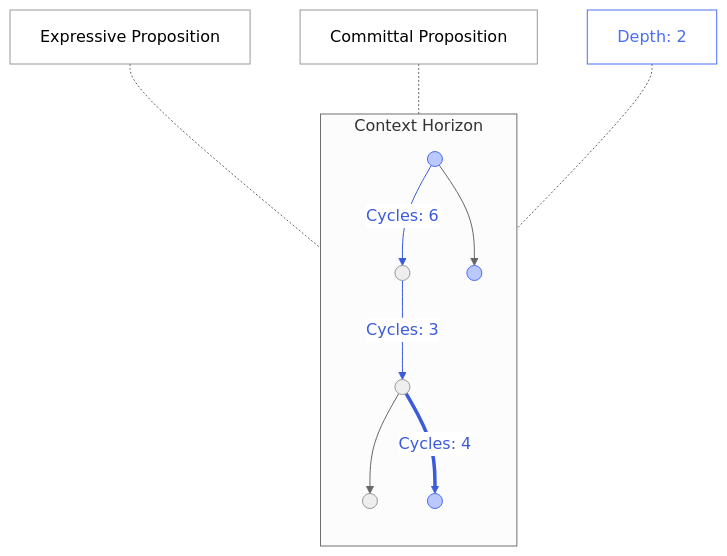
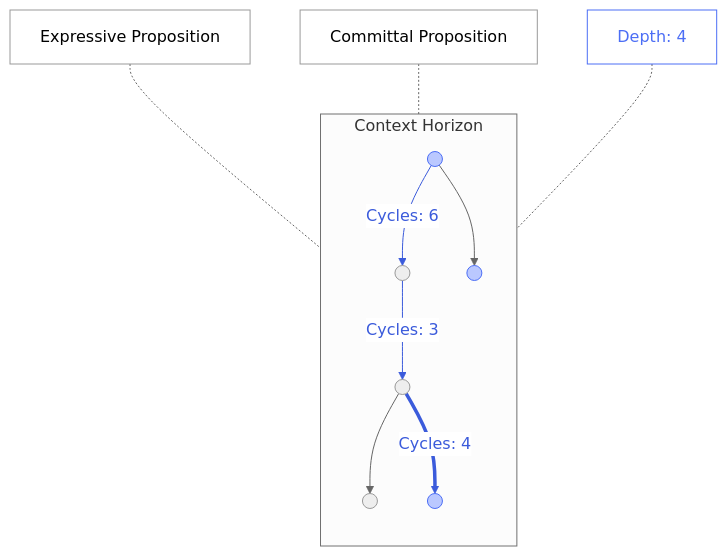
One commit to clairemira/miranova changed the seventh of 10 diagrams in content/commons/01-overview.mdx. Above: the diagram before and after it, drawn with Mermaid. The commit also changed other lines of this file, not shown here.

````diff
--- a/content/commons/01-overview.mdx
+++ b/content/commons/01-overview.mdx
@@ -744,47 +755,47 @@
 ```mermaid
 ---
 config:
   flowchart:
     curve: basis
   theme: neutral
 ---
 flowchart TB
   subgraph CH1["Context Horizon"]
     direction TB
 
     V1(( ))
     V2(( ))
     V3(( ))
     V4(( ))
     V5(( ))
     V6(( ))
   end
 
   EXP["Expressive Proposition"]
   COM["Committal Proposition"]
-  DEP["Depth: 2"]
+  DEP["Depth: 4"]
 
   V1 -->|"Cycles: 6"| V2
   V1 --> V3
   V2 -->|"Cycles: 3"| V4
   V4 --> V5
   V4 ==>|"Cycles: 4"| V6
 
   EXP -.- V4
   COM -.- V3
   DEP -.- V6
 
   classDef committalNode fill:#bac8ff,stroke:#4c6ef5,color:#4c6ef5
 
   class P1,P4,P5,P7,P8,P10,V1,V3,V6,V9 committalNode
 
   style DEP fill:transparent,color:#4c6ef5,stroke:#4c6ef5
   style EXP fill:transparent
   style COM fill:transparent
 
   %% Negative (-) edges
   linkStyle 0,2,4 stroke:#3b5bdb,color:#3b5bdb
 
   %% Positive (+) edges
   %% linkStyle 6,8,10,12 stroke:#748ffc,color:#748ffc
 ```
````
